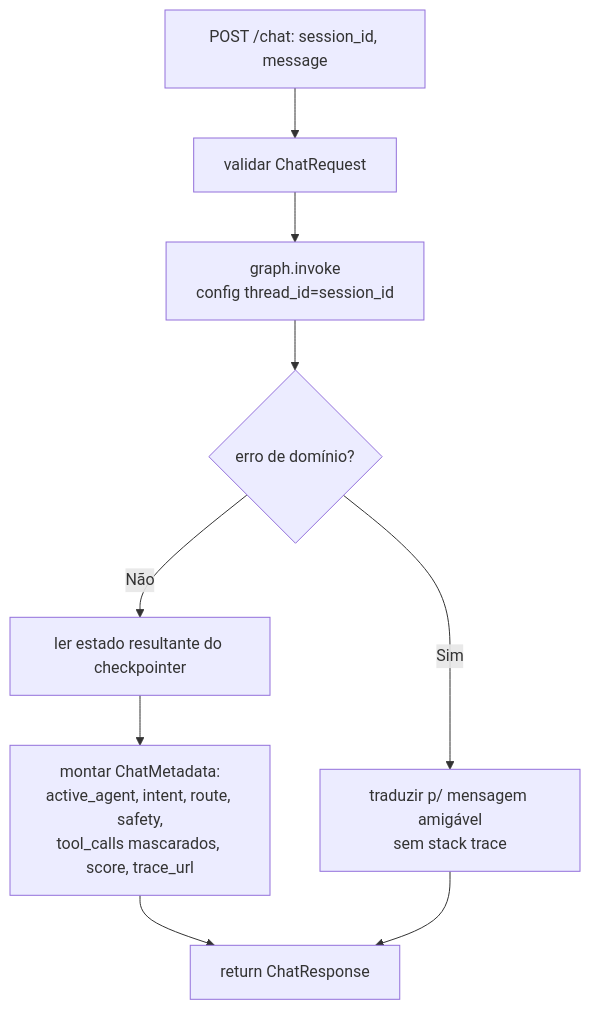
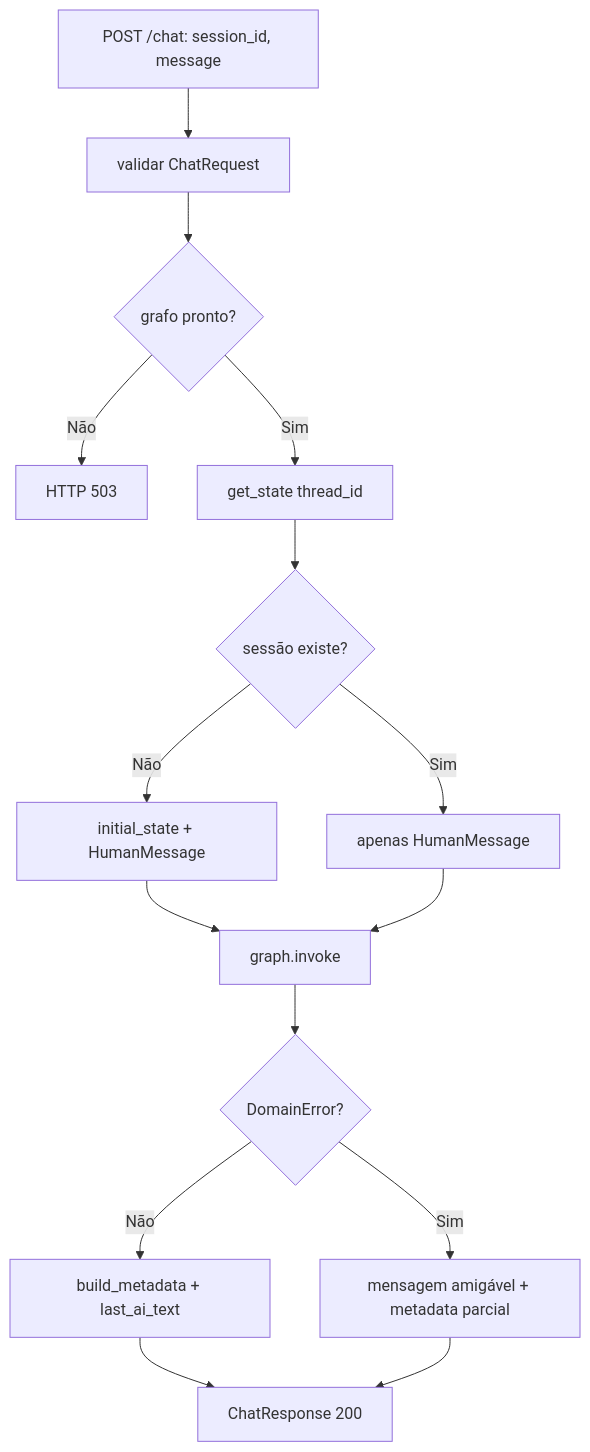
Before and after one commit to holdenoffmenn/desafio-t4h: the first of 3 diagrams in docs/fluxogramas/parte-3-api-ui.md, drawn with Mermaid. The commit also changed other lines of this file and 1 other file, not shown here.

Commit message:
docs: mark Part 3 flowcharts validated and document API/UI setup
Update progress checklist and add uvicorn/streamlit run instructions.

````diff
--- a/docs/fluxogramas/parte-3-api-ui.md
+++ b/docs/fluxogramas/parte-3-api-ui.md
@@ -12,11 +14,17 @@
 ```mermaid
 flowchart TD
     A[POST /chat: session_id, message] --> V[validar ChatRequest]
-    V --> INV[graph.invoke<br/>config thread_id=session_id]
-    INV --> ERR{erro de domínio?}
-    ERR -- Sim --> T[traduzir p/ mensagem amigável<br/>sem stack trace]
-    ERR -- Não --> ST[ler estado resultante do checkpointer]
-    ST --> M[montar ChatMetadata:<br/>active_agent, intent, route, safety,<br/>tool_calls mascarados, score, trace_url]
-    M --> R[return ChatResponse]
+    V --> G{grafo pronto?}
+    G -- Não --> E503[HTTP 503]
+    G -- Sim --> ST[get_state thread_id]
+    ST --> NEW{sessão existe?}
+    NEW -- Não --> INIT[initial_state + HumanMessage]
+    NEW -- Sim --> MSG[apenas HumanMessage]
+    INIT --> INV[graph.invoke]
+    MSG --> INV
+    INV --> ERR{DomainError?}
+    ERR -- Sim --> T[mensagem amigável + metadata parcial]
+    ERR -- Não --> M[build_metadata + last_ai_text]
+    M --> R[ChatResponse 200]
     T --> R
 ```
````
